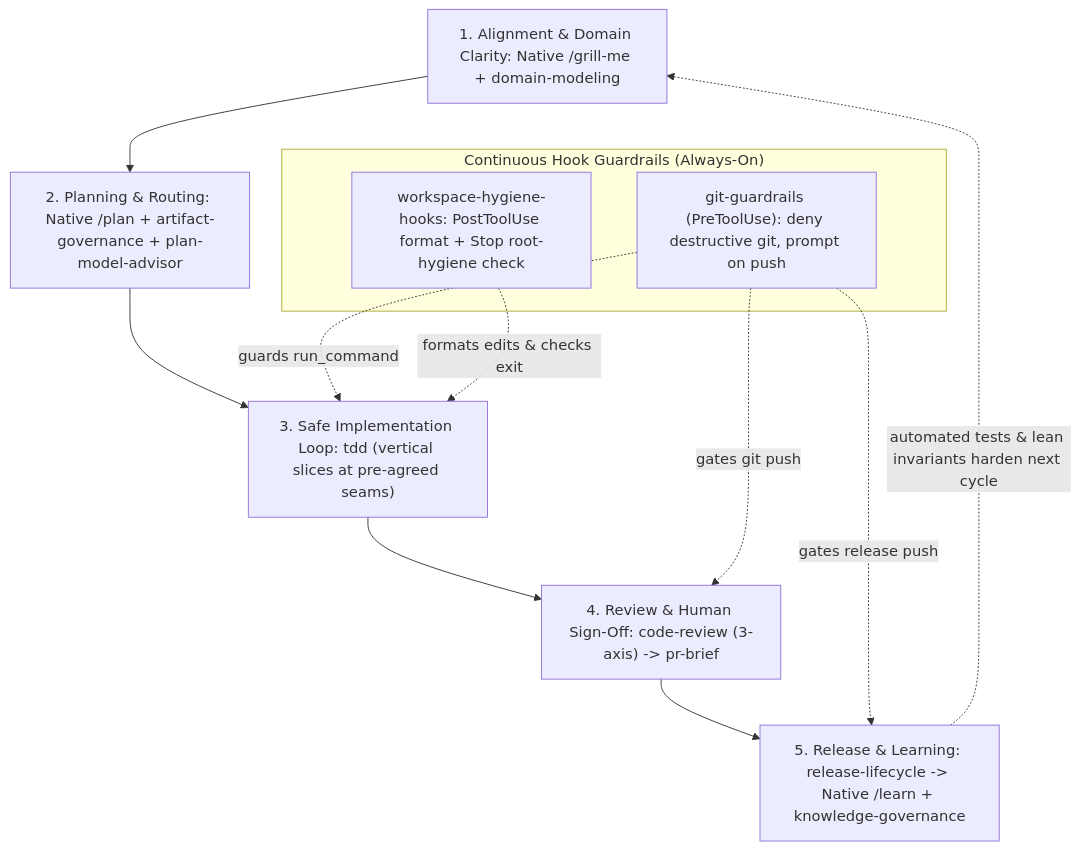
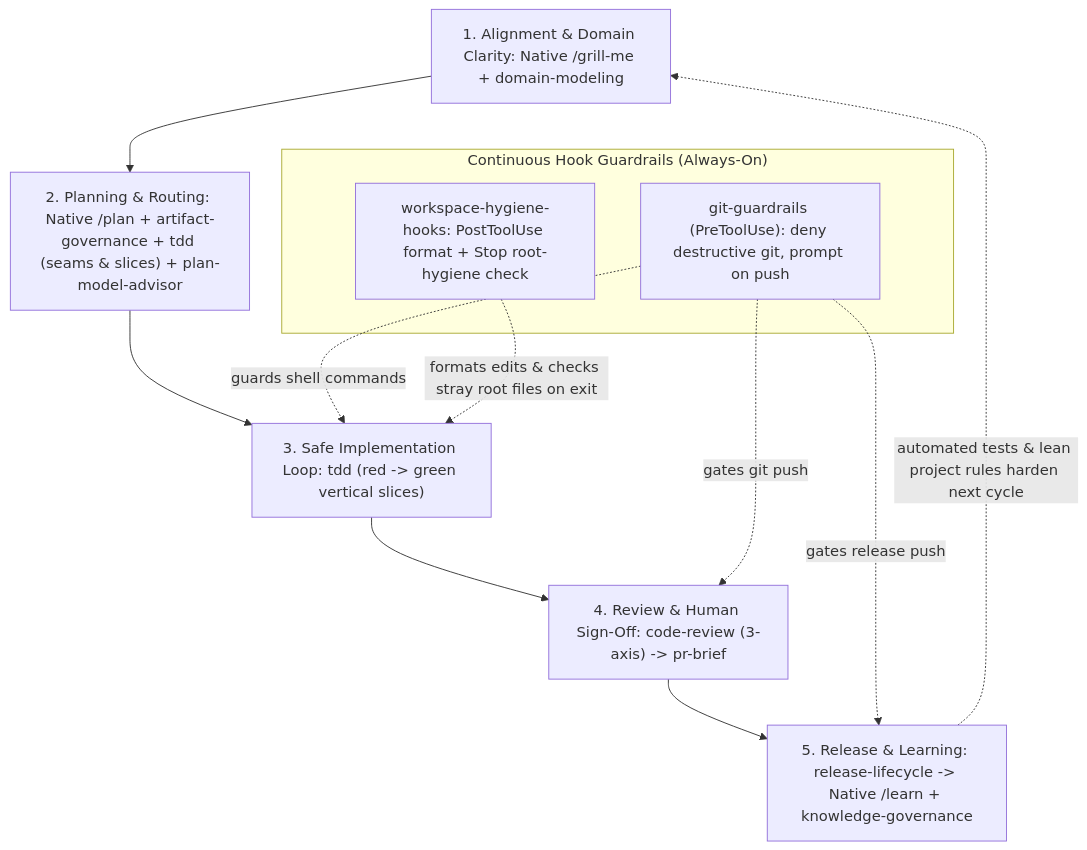
Before and after one commit to artibyrd/antigravity-customizations: the diagram in docs/agentic-pair-programming-protocol.md, drawn with Mermaid. The commit also changed other lines of this file and 9 other files, not shown here.

Commit message:
feat(tdd,fresh-reader): split planning-time tdd, add top-down persona sieve, calibrate docs to junior-engineer

````diff
--- a/docs/agentic-pair-programming-protocol.md
+++ b/docs/agentic-pair-programming-protocol.md
@@ -16,20 +17,20 @@
 ```mermaid
 flowchart TD
     S1["1. Alignment & Domain Clarity: Native /grill-me + domain-modeling"]
-    S2["2. Planning & Routing: Native /plan + artifact-governance + plan-model-advisor"]
-    S3["3. Safe Implementation Loop: tdd (vertical slices at pre-agreed seams)"]
+    S2["2. Planning & Routing: Native /plan + artifact-governance + tdd (seams & slices) + plan-model-advisor"]
+    S3["3. Safe Implementation Loop: tdd (red -> green vertical slices)"]
     S4["4. Review & Human Sign-Off: code-review (3-axis) -> pr-brief"]
     S5["5. Release & Learning: release-lifecycle -> Native /learn + knowledge-governance"]
 
     subgraph Guardrails["Continuous Hook Guardrails (Always-On)"]
         H1["git-guardrails (PreToolUse): deny destructive git, prompt on push"]
         H2["workspace-hygiene-hooks: PostToolUse format + Stop root-hygiene check"]
     end
 
     S1 --> S2 --> S3 --> S4 --> S5
-    H1 -. "guards run_command" .-> S3
+    H1 -. "guards shell commands" .-> S3
     H1 -. "gates git push" .-> S4
     H1 -. "gates release push" .-> S5
-    H2 -. "formats edits & checks exit" .-> S3
-    S5 -. "automated tests & lean invariants harden next cycle" .-> S1
+    H2 -. "formats edits & checks stray root files on exit" .-> S3
+    S5 -. "automated tests & lean project rules harden next cycle" .-> S1
 ```
````
